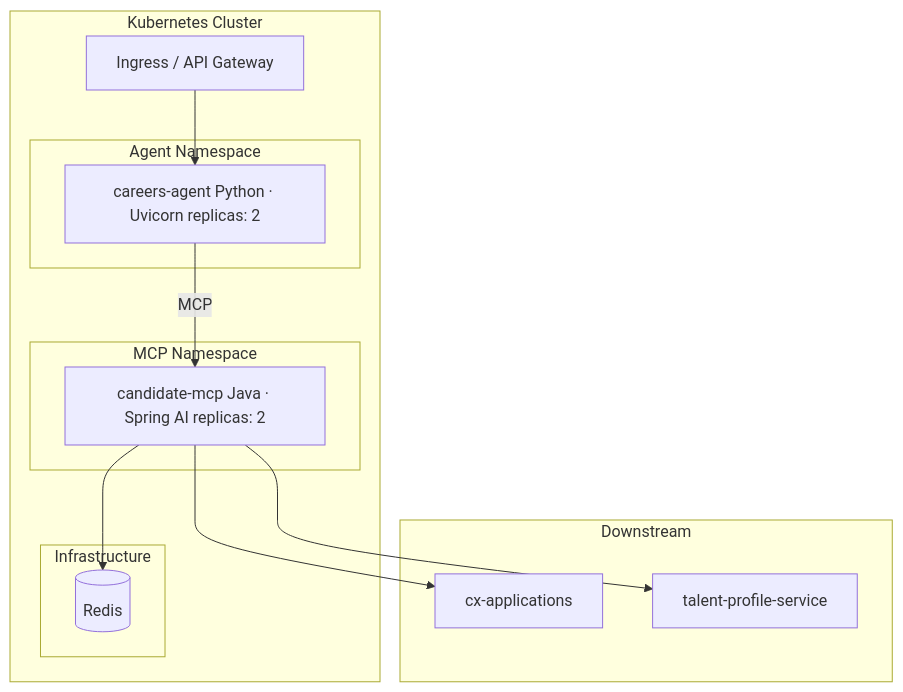
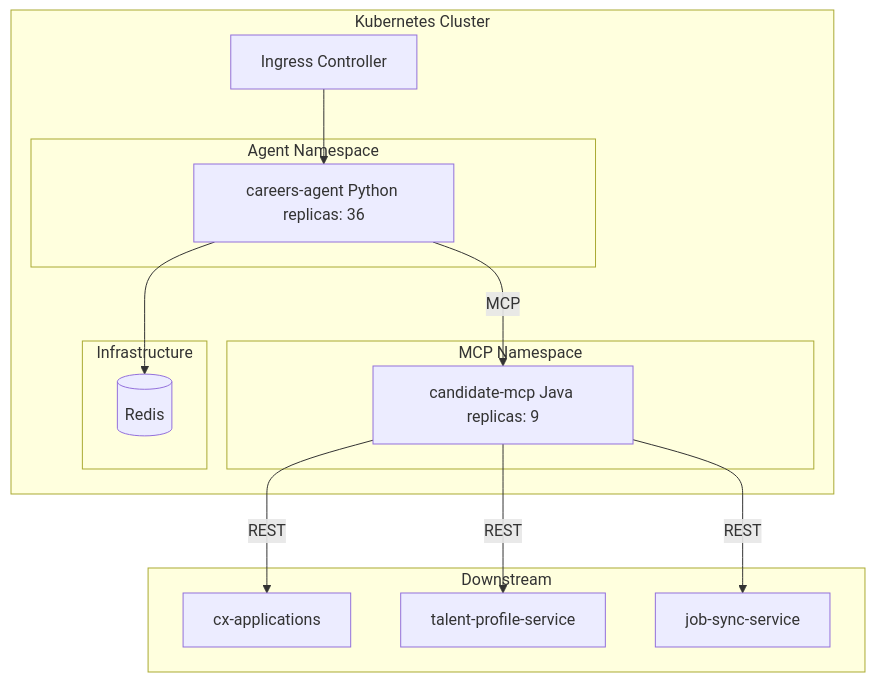
Diagram 31 of 31 in LLD_POST_APPLY_ASSISTANT.md (venkat-raman17/candidate-agent), drawn with Mermaid before and after one commit. The commit also changed other lines of this file, not shown here.

````diff
--- a/LLD_POST_APPLY_ASSISTANT.md
+++ b/LLD_POST_APPLY_ASSISTANT.md
@@ -2000,30 +1866,32 @@
 ```mermaid
 flowchart TD
     subgraph "Kubernetes Cluster"
         subgraph "Agent Namespace"
-            AGT["careers-agent Python · Uvicorn replicas: 2"]
+            AGT["careers-agent Python replicas: 36"]
         end
 
         subgraph "MCP Namespace"
-            CMCP["candidate-mcp Java · Spring AI replicas: 2"]
+            CMCP["candidate-mcp Java replicas: 9"]
         end
 
         subgraph "Infrastructure"
             REDIS[("Redis")]
         end
 
-        INGRESS["Ingress / API Gateway"]
+        INGRESS["Ingress Controller"]
     end
 
     subgraph "Downstream"
         CXA["cx-applications"]
         TPS["talent-profile-service"]
+        JSS["job-sync-service"]
     end
 
     INGRESS --> AGT
     AGT -->|"MCP"| CMCP
-    CMCP --> REDIS
-    CMCP --> CXA
-    CMCP --> TPS
+    AGT --> REDIS
+    CMCP -->|"REST"| CXA
+    CMCP -->|"REST"| TPS
+    CMCP -->|"REST"| JSS
 
 ```
````
